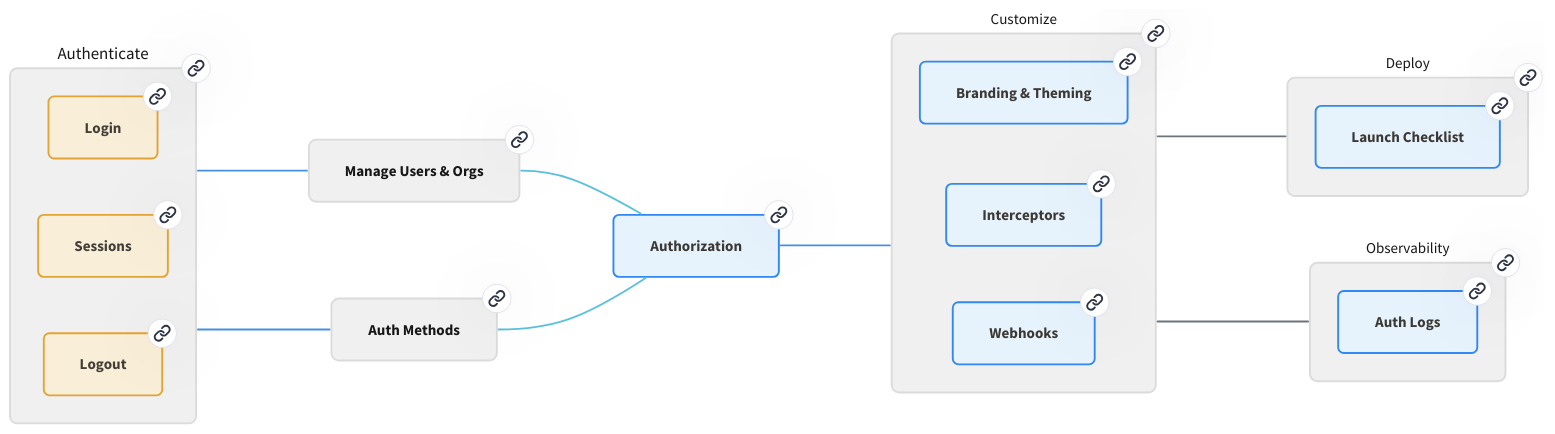
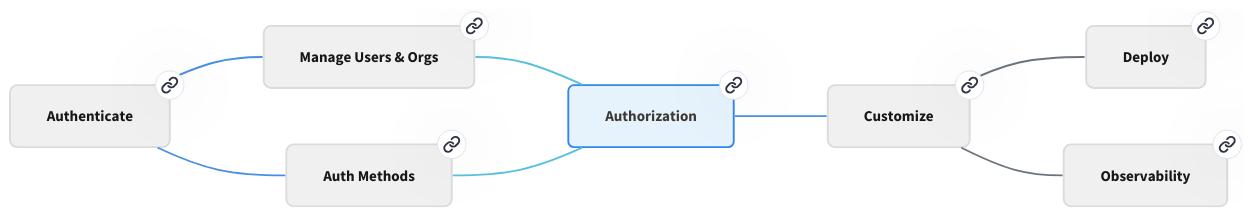
Before and after one commit to scalekit-inc/developer-docs: the diagram in src/content/docs/index.mdx, drawn with D2. The commit also changed 2 other files, not shown here.

Commit message:
fix: update SVG and documentation for passwordless authentication
- Replaced the existing SVG with a new version that features updated dimensions and styles for improved visual representation.
- Added a new image for the passwordless authentication guide to enhance visual support.
- Streamlined the index documentation by removing redundant sections and improving clarity in navigation links.

This update aims to enhance the clarity and usability of the Scalekit documentation for developers implementing passwordless authentication.

```diff
--- a/src/content/docs/index.mdx
+++ b/src/content/docs/index.mdx
@@ -93,37 +93,18 @@
 Authenticate {
   class: primary
   link: "/fsa/quickstart"
-  style.font-size: 18
-}
-
-# User authentication components
-Authenticate.Login {
-  class: tertiary
-  link: "/fsa/guides/implement-login"
-}
-
-Authenticate.Sessions {
-  class: tertiary
-  link: "/fsa/guides/manage-session"
-}
-
-Authenticate.Logout {
-  class: tertiary
-  link: "/fsa/guides/logout"
 }
 
 # Auth methods
 AuthMethods: "Auth Methods" {
   class: primary
   link: "/authenticate/auth-methods/passwordless"
-  style.font-size: 16
 }
 
 # User & org management
 UserMgmt: "Manage Users & Orgs" {
   class: primary
   link: "/fsa/guides/manage-users"
-  style.font-size: 16
 }
 
 
@@ -131,7 +112,6 @@
 Authorization {
   class: primary
   link: "/authenticate/authz/overview"
-  style.font-size: 16
 }
 
 Authorization {
@@ -143,47 +123,21 @@
 # Customization
 Customize {
   class: primary
-  link: "/guides/auth-flow-interceptors"
-  style.font-size: 16
-}
-
-Customize."Branding & Theming" {
-  class: neutral
-  link: "/fsa/guides/login-page-branding"
-}
-
-Customize.Interceptors {
-  class: neutral
-  link: "/guides/auth-flow-interceptors"
-}
-
-Customize.Webhooks {
-  class: neutral
-  link: "/authenticate/implement-workflows/implement-webhooks"
+  link: "/fsa/guides/login-page-branding/"
 }
 
 # Deploy & observability
 Deploy {
   class: primary
   link: "/authenticate/launch-checklist"
-  style.font-size: 16
 }
 
-Deploy."Launch Checklist" {
-  class: neutral
-  link: "/authenticate/launch-checklist"
-}
 
 Observability {
   class: primary
   link: "/guides/dashboard/auth-logs"
-  style.font-size: 16
 }
 
-Observability."Auth Logs" {
-  class: neutral
-  link: "/guides/dashboard/auth-logs"
-}
 
 # Flow connections with styling
 Authenticate -- AuthMethods: {
```
